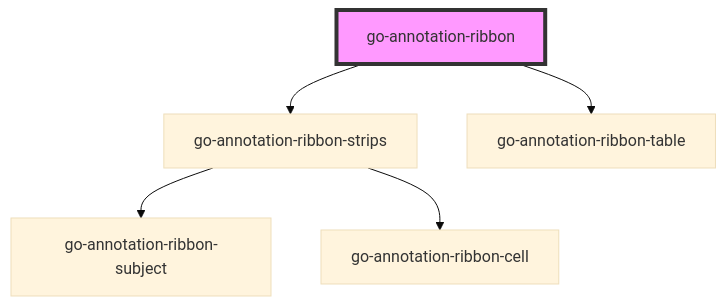
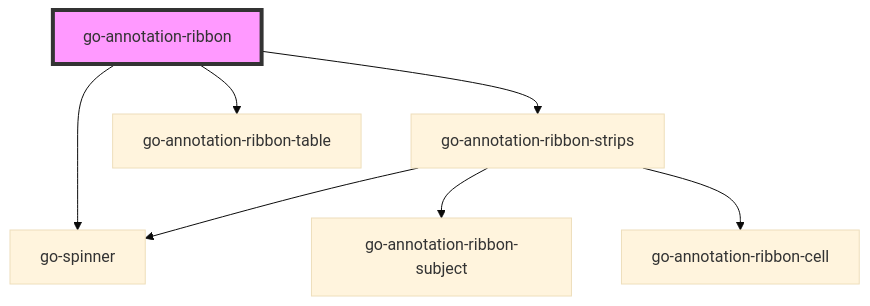
The diagram in src/components/annotation-ribbon/readme.md (geneontology/web-components), drawn with Mermaid (base theme) before and after one commit. The commit also changed other lines of this file and 8 other files, not shown here.

````diff
--- a/src/components/annotation-ribbon/readme.md
+++ b/src/components/annotation-ribbon/readme.md
@@ -54,8 +55,10 @@
 ```mermaid
 graph TD;
   go-annotation-ribbon --> go-annotation-ribbon-strips
+  go-annotation-ribbon --> go-spinner
   go-annotation-ribbon --> go-annotation-ribbon-table
+  go-annotation-ribbon-strips --> go-spinner
   go-annotation-ribbon-strips --> go-annotation-ribbon-subject
   go-annotation-ribbon-strips --> go-annotation-ribbon-cell
   style go-annotation-ribbon fill:#f9f,stroke:#333,stroke-width:4px
 ```
````
